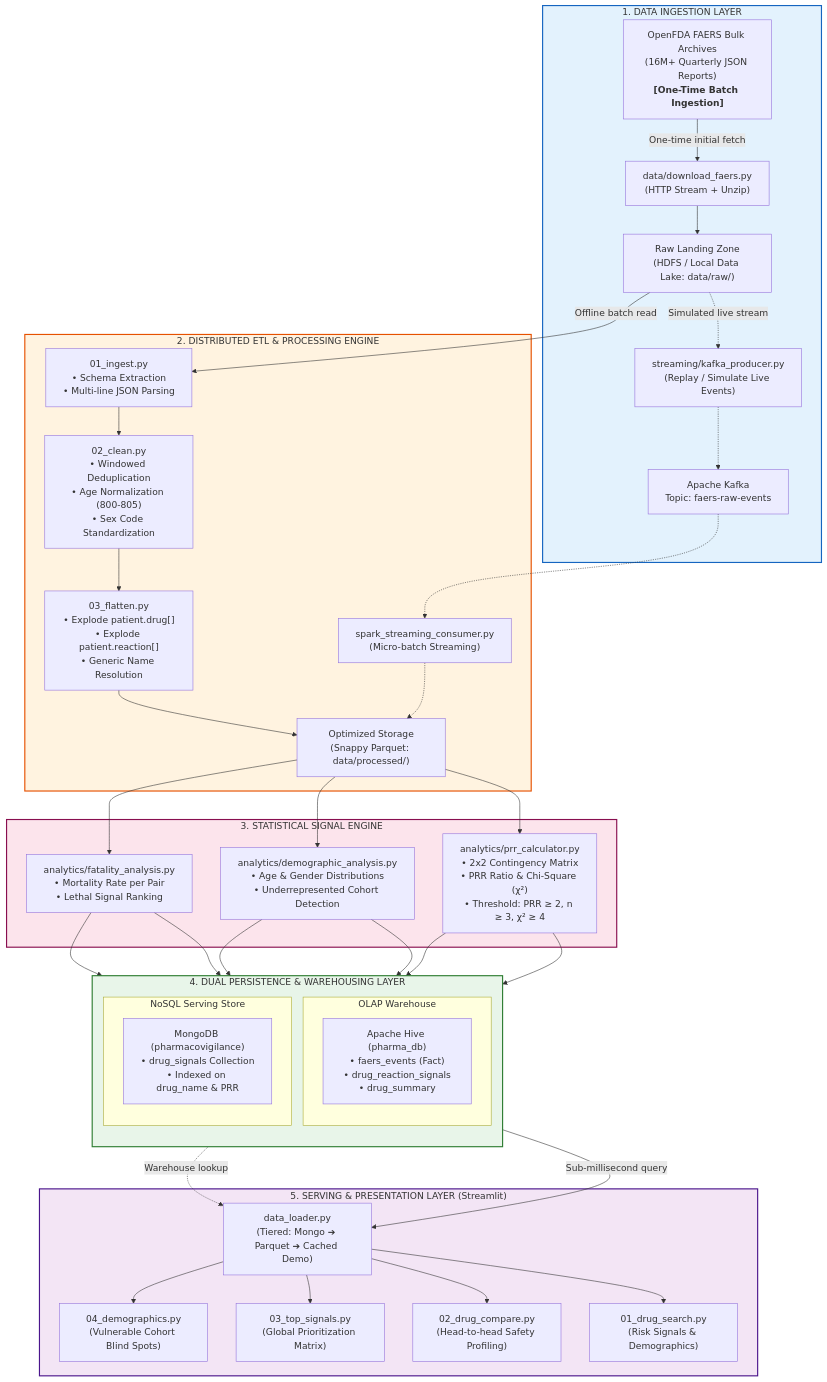
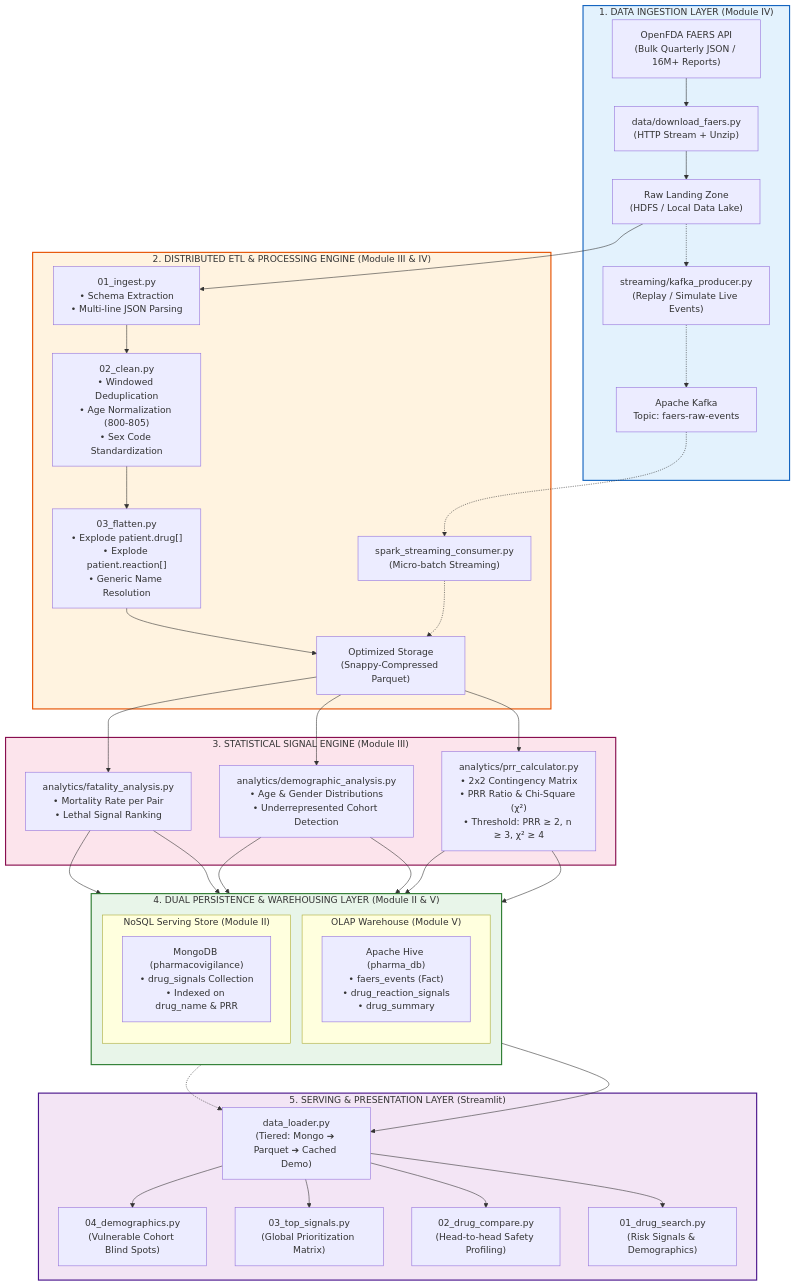
The diagram in README.md (ranjanaashish/pharmacovigilance-faers), drawn with Mermaid before and after one commit. The commit also changed other lines of this file and 1 other file, not shown here.

Commit message:
Replace architecture diagram with exact 5-layer pipeline flowchart

````diff
--- a/README.md
+++ b/README.md
@@ -37,72 +32,72 @@
 ```mermaid
 flowchart TD
-    subgraph S1["1. DATA INGESTION LAYER"]
-        D1["OpenFDA FAERS Bulk Archives<br/>(16M+ Quarterly JSON Reports)<br/><b>[One-Time Batch Ingestion]</b>"]
+    subgraph S1["1. DATA INGESTION LAYER (Module IV)"]
+        D1["OpenFDA FAERS API<br/>(Bulk Quarterly JSON / 16M+ Reports)"]
         DL["data/download_faers.py<br/>(HTTP Stream + Unzip)"]
-        RAW["Raw Landing Zone<br/>(HDFS / Local Data Lake: data/raw/)"]
+        RAW["Raw Landing Zone<br/>(HDFS / Local Data Lake)"]
         K_PROD["streaming/kafka_producer.py<br/>(Replay / Simulate Live Events)"]
         KAFKA["Apache Kafka<br/>Topic: faers-raw-events"]
         
-        D1 -->|One-time initial fetch| DL --> RAW
-        RAW -.->|Simulated live stream| K_PROD -.-> KAFKA
+        D1 --> DL --> RAW
+        RAW -.-> K_PROD -.-> KAFKA
     end
 
-    subgraph S2["2. DISTRIBUTED ETL & PROCESSING ENGINE"]
+    subgraph S2["2. DISTRIBUTED ETL & PROCESSING ENGINE (Module III & IV)"]
         INGEST["01_ingest.py<br/>• Schema Extraction<br/>• Multi-line JSON Parsing"]
         CLEAN["02_clean.py<br/>• Windowed Deduplication<br/>• Age Normalization (800-805)<br/>• Sex Code Standardization"]
         FLATTEN["03_flatten.py<br/>• Explode patient.drug[]<br/>• Explode patient.reaction[]<br/>• Generic Name Resolution"]
-        PARQUET["Optimized Storage<br/>(Snappy Parquet: data/processed/)"]
+        PARQUET["Optimized Storage<br/>(Snappy-Compressed Parquet)"]
 
-        RAW -->|Offline batch read| INGEST --> CLEAN --> FLATTEN --> PARQUET
+        RAW --> INGEST --> CLEAN --> FLATTEN --> PARQUET
         KAFKA -.-> SPARK_STREAM["spark_streaming_consumer.py<br/>(Micro-batch Streaming)"] -.-> PARQUET
     end
 
-    subgraph S3["3. STATISTICAL SIGNAL ENGINE"]
+    subgraph S3["3. STATISTICAL SIGNAL ENGINE (Module III)"]
         PRR_CALC["analytics/prr_calculator.py<br/>• 2x2 Contingency Matrix<br/>• PRR Ratio & Chi-Square (χ²)<br/>• Threshold: PRR ≥ 2, n ≥ 3, χ² ≥ 4"]
         DEMO["analytics/demographic_analysis.py<br/>• Age & Gender Distributions<br/>• Underrepresented Cohort Detection"]
         FATAL["analytics/fatality_analysis.py<br/>• Mortality Rate per Pair<br/>• Lethal Signal Ranking"]
 
         PARQUET --> PRR_CALC
         PARQUET --> DEMO
         PARQUET --> FATAL
     end
 
-    subgraph S4["4. DUAL PERSISTENCE & WAREHOUSING LAYER"]
+    subgraph S4["4. DUAL PERSISTENCE & WAREHOUSING LAYER (Module II & V)"]
         direction TB
-        subgraph OLAP["OLAP Warehouse"]
+        subgraph OLAP["OLAP Warehouse (Module V)"]
             HIVE["Apache Hive (pharma_db)<br/>• faers_events (Fact)<br/>• drug_reaction_signals<br/>• drug_summary"]
         end
-        subgraph OLTP["NoSQL Serving Store"]
+        subgraph OLTP["NoSQL Serving Store (Module II)"]
             MONGO["MongoDB (pharmacovigilance)<br/>• drug_signals Collection<br/>• Indexed on drug_name & PRR"]
         end
 
         PRR_CALC --> HIVE
         DEMO --> HIVE
         FATAL --> HIVE
 
         PRR_CALC --> MONGO
         DEMO --> MONGO
         FATAL --> MONGO
     end
 
     subgraph S5["5. SERVING & PRESENTATION LAYER (Streamlit)"]
         LOADER["data_loader.py<br/>(Tiered: Mongo ➔ Parquet ➔ Cached Demo)"]
         UI1["01_drug_search.py<br/>(Risk Signals & Demographics)"]
         UI2["02_drug_compare.py<br/>(Head-to-head Safety Profiling)"]
         UI3["03_top_signals.py<br/>(Global Prioritization Matrix)"]
         UI4["04_demographics.py<br/>(Vulnerable Cohort Blind Spots)"]
 
-        MONGO -->|Sub-millisecond query| LOADER
-        HIVE -.->|Warehouse lookup| LOADER
+        MONGO --> LOADER
+        HIVE -.-> LOADER
         LOADER --> UI1
         LOADER --> UI2
         LOADER --> UI3
         LOADER --> UI4
     end
 
     style S1 fill:#E3F2FD,stroke:#1565C0,stroke-width:2px
     style S2 fill:#FFF3E0,stroke:#E65100,stroke-width:2px
     style S3 fill:#FCE4EC,stroke:#880E4F,stroke-width:2px
     style S4 fill:#E8F5E9,stroke:#2E7D32,stroke-width:2px
     style S5 fill:#F3E5F5,stroke:#4A148C,stroke-width:2px
 ```
````
